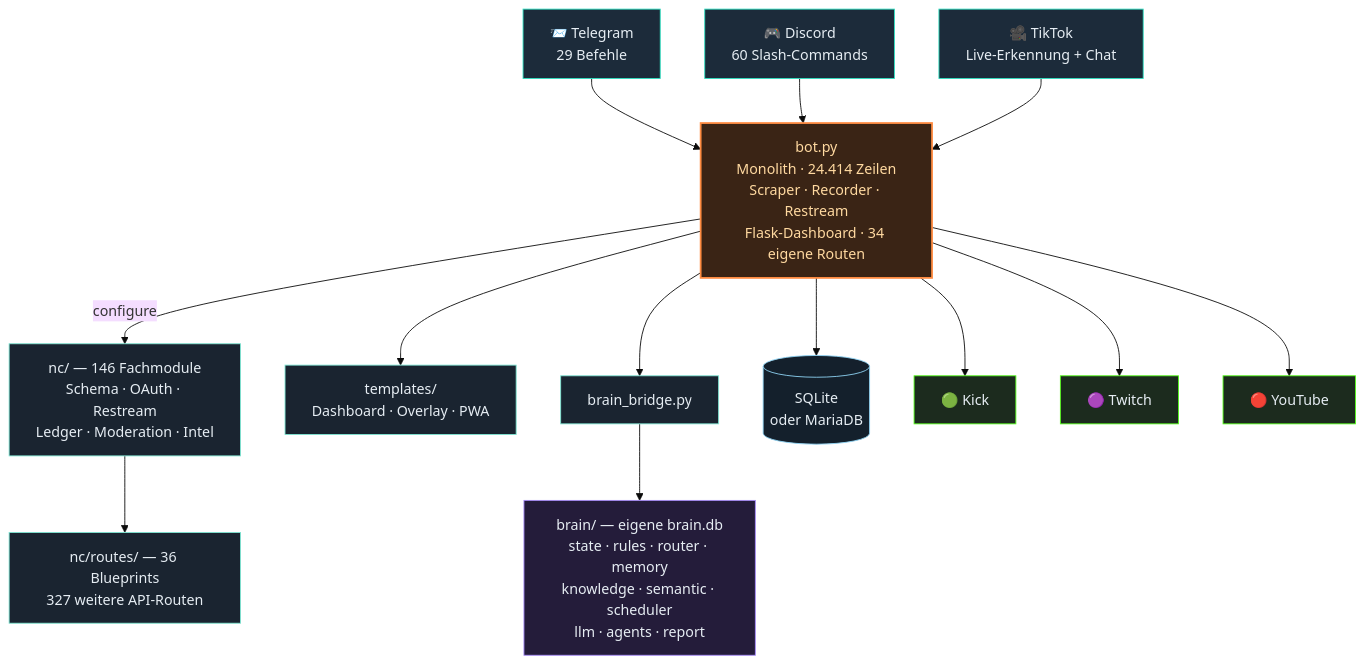
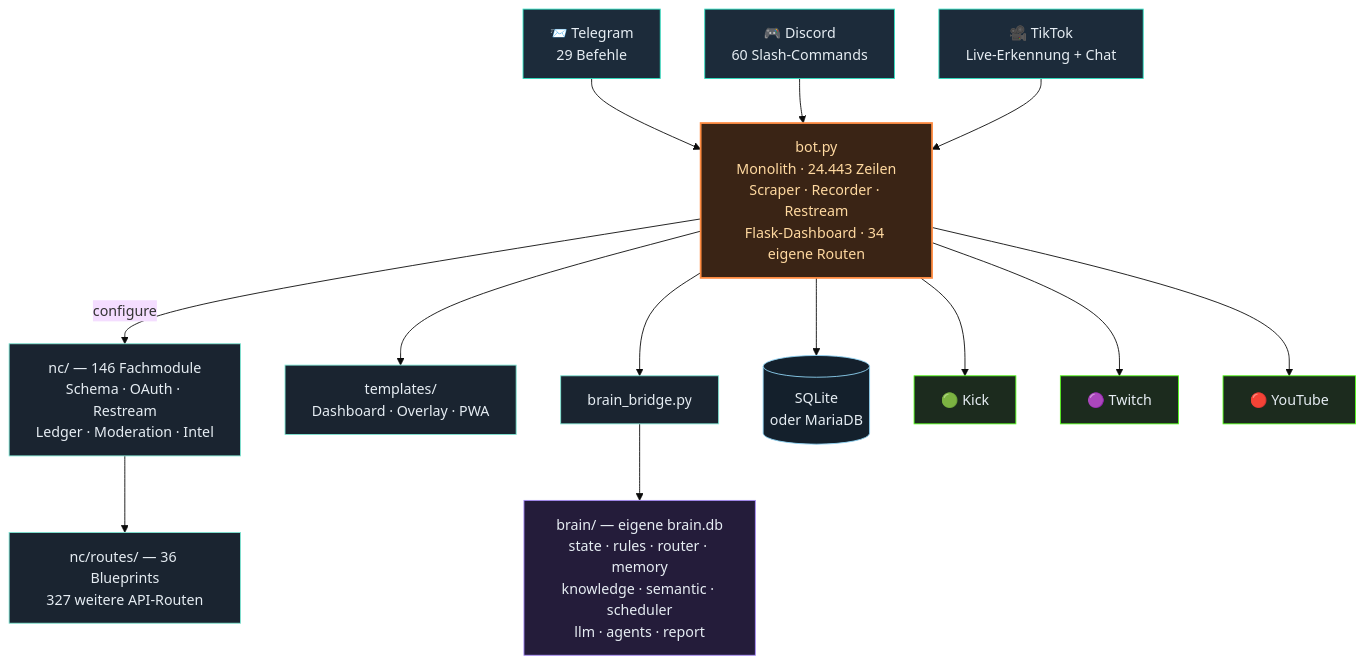
Before and after one commit to itsamemedev/Telegram-Stream-Info-Bot: the third of 4 diagrams in README.md, drawn with Mermaid (base theme). The commit also changed other lines of this file and 13 other files, not shown here.

````diff
--- a/README.md
+++ b/README.md
@@ -189,30 +189,30 @@
 ```mermaid
 flowchart TB
     TG["📨 Telegram<br/>29 Befehle"]:::ein
     DC["🎮 Discord<br/>60 Slash-Commands"]:::ein
     TT["🎥 TikTok<br/>Live-Erkennung + Chat"]:::ein
 
     TG --> BOT
     DC --> BOT
     TT --> BOT
 
-    BOT["bot.py<br/>Monolith · 24.414 Zeilen<br/>Scraper · Recorder · Restream<br/>Flask-Dashboard · 34 eigene Routen"]:::core
+    BOT["bot.py<br/>Monolith · 24.443 Zeilen<br/>Scraper · Recorder · Restream<br/>Flask-Dashboard · 34 eigene Routen"]:::core
 
     BOT -->|configure| NC["nc/ — 146 Fachmodule<br/>Schema · OAuth · Restream<br/>Ledger · Moderation · Intel"]:::lib
     NC --> RT["nc/routes/ — 36 Blueprints<br/>327 weitere API-Routen"]:::lib
     BOT --> TPL["templates/<br/>Dashboard · Overlay · PWA"]:::lib
     BOT --> BR["brain_bridge.py"]:::lib
     BR --> BRAIN["brain/ — eigene brain.db<br/>state · rules · router · memory<br/>knowledge · semantic · scheduler<br/>llm · agents · report"]:::brain
     BOT --> DB[("SQLite<br/>oder MariaDB")]:::db
 
     BOT --> KICK["🟢 Kick"]:::out
     BOT --> TW["🟣 Twitch"]:::out
     BOT --> YT["🔴 YouTube"]:::out
 
     classDef ein fill:#1c2b3a,stroke:#2de1c2,color:#e6edf3
     classDef core fill:#3a2415,stroke:#ff8c42,stroke-width:2px,color:#ffd9a0
     classDef lib fill:#1a2430,stroke:#7fe7d4,color:#e6edf3
     classDef brain fill:#241c3a,stroke:#a78bfa,color:#e6edf3
     classDef db fill:#14202c,stroke:#8fd3f4,color:#e6edf3
     classDef out fill:#1c2b1e,stroke:#53fc18,color:#e6edf3
 ```
````
